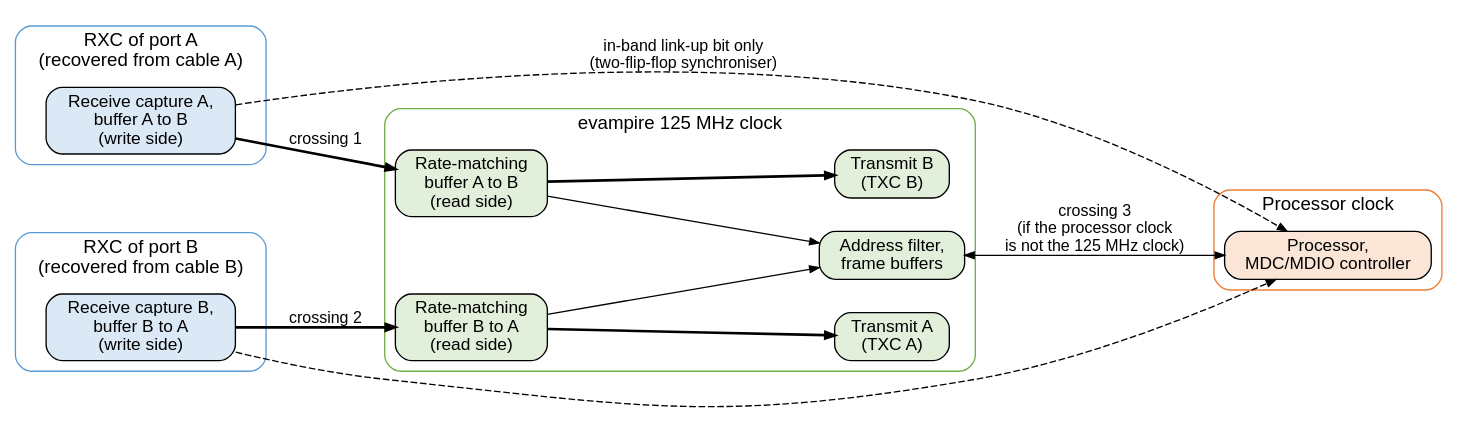
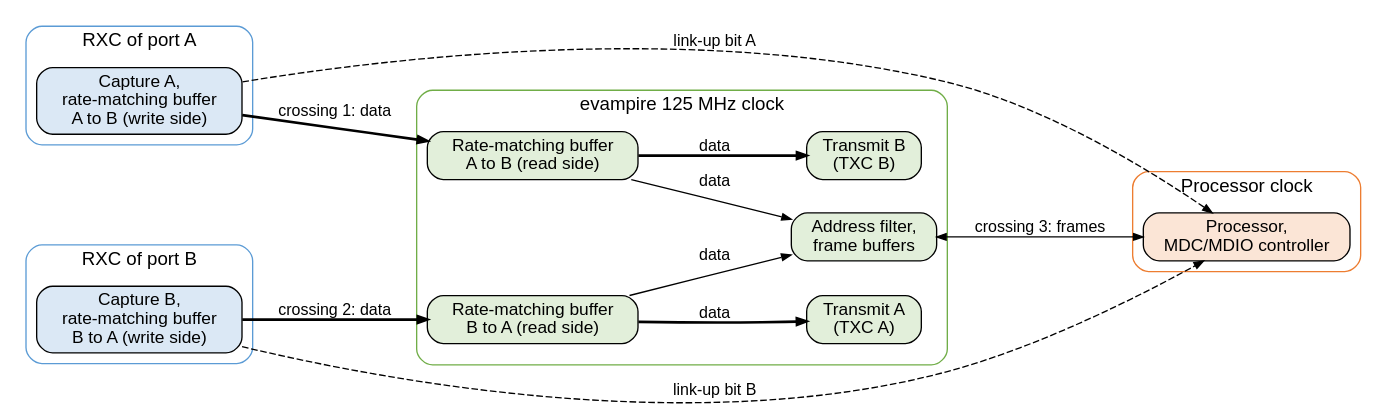
One commit to mithro/evampire changed the diagram in docs/ethernet/rgmii/clock-domains.dot. Above: the diagram before and after it, drawn with Graphviz. The commit also changed 15 other files, not shown here.

```diff
--- a/docs/ethernet/rgmii/clock-domains.dot
+++ b/docs/ethernet/rgmii/clock-domains.dot
@@ -1,45 +1,42 @@
 // Clock domains around the two RGMII ports.
 //
 // SPDX-License-Identifier: Apache-2.0
 
 digraph clock_domains {
     graph [rankdir=LR, fontname="Helvetica", fontsize=14, nodesep=0.35,
            ranksep=0.6, newrank=true];
     node  [shape=box, style="rounded,filled", fontname="Helvetica",
            fontsize=13];
     edge  [fontname="Helvetica", fontsize=12, arrowsize=0.7];
 
     subgraph cluster_rxa {
-        label="RXC of port A\n(recovered from cable A)"; style="rounded";
-        color="#5b9bd5";
-        rxa [label="Receive capture A,\nbuffer A to B\n(write side)", fillcolor="#dbe8f5"];
+        label="RXC of port A"; style="rounded"; color="#5b9bd5";
+        rxa [label="Capture A,\nrate-matching buffer\nA to B (write side)", fillcolor="#dbe8f5"];
     }
     subgraph cluster_rxb {
-        label="RXC of port B\n(recovered from cable B)"; style="rounded";
-        color="#5b9bd5";
-        rxb [label="Receive capture B,\nbuffer B to A\n(write side)", fillcolor="#dbe8f5"];
+        label="RXC of port B"; style="rounded"; color="#5b9bd5";
+        rxb [label="Capture B,\nrate-matching buffer\nB to A (write side)", fillcolor="#dbe8f5"];
     }
     subgraph cluster_core {
         label="evampire 125 MHz clock"; style="rounded"; color="#70ad47";
-        fab  [label="Rate-matching\nbuffer A to B\n(read side)", fillcolor="#e2efda"];
-        fba  [label="Rate-matching\nbuffer B to A\n(read side)", fillcolor="#e2efda"];
+        fab  [label="Rate-matching buffer\nA to B (read side)", fillcolor="#e2efda"];
+        fba  [label="Rate-matching buffer\nB to A (read side)", fillcolor="#e2efda"];
         txa  [label="Transmit A\n(TXC A)", fillcolor="#e2efda"];
         txb  [label="Transmit B\n(TXC B)", fillcolor="#e2efda"];
         filt [label="Address filter,\nframe buffers", fillcolor="#e2efda"];
     }
     subgraph cluster_cpu {
         label="Processor clock"; style="rounded"; color="#ed7d31";
         cpu  [label="Processor,\nMDC/MDIO controller", fillcolor="#fbe5d6"];
     }
 
-    rxa -> fab [label="crossing 1", penwidth=2];
-    rxb -> fba [label="crossing 2", penwidth=2];
-    fab -> txb [penwidth=2];
-    fba -> txa [penwidth=2];
-    fab -> filt;
-    fba -> filt;
-    filt -> cpu [label="crossing 3\n(if the processor clock\nis not the 125 MHz clock)",
-                 dir=both];
-    rxa -> cpu [label="in-band link-up bit only\n(two-flip-flop synchroniser)", style=dashed];
-    rxb -> cpu [style=dashed];
+    rxa -> fab [label="crossing 1: data", penwidth=2];
+    rxb -> fba [label="crossing 2: data", penwidth=2];
+    fab -> txb [label="data", penwidth=2];
+    fba -> txa [label="data", penwidth=2];
+    fab -> filt [label="data"];
+    fba -> filt [label="data"];
+    filt -> cpu [label="crossing 3: frames", dir=both];
+    rxa -> cpu [label="link-up bit A", style=dashed];
+    rxb -> cpu [label="link-up bit B", style=dashed];
 }
```
